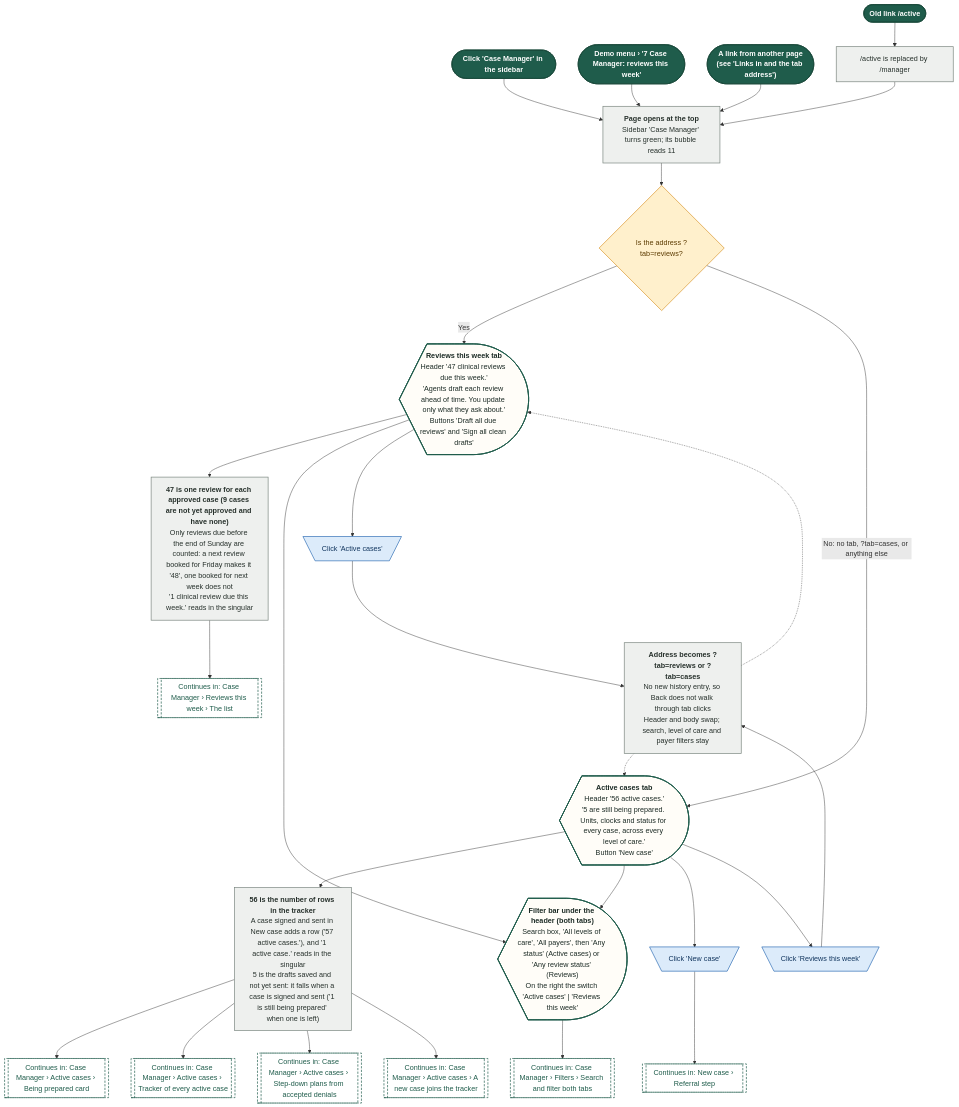
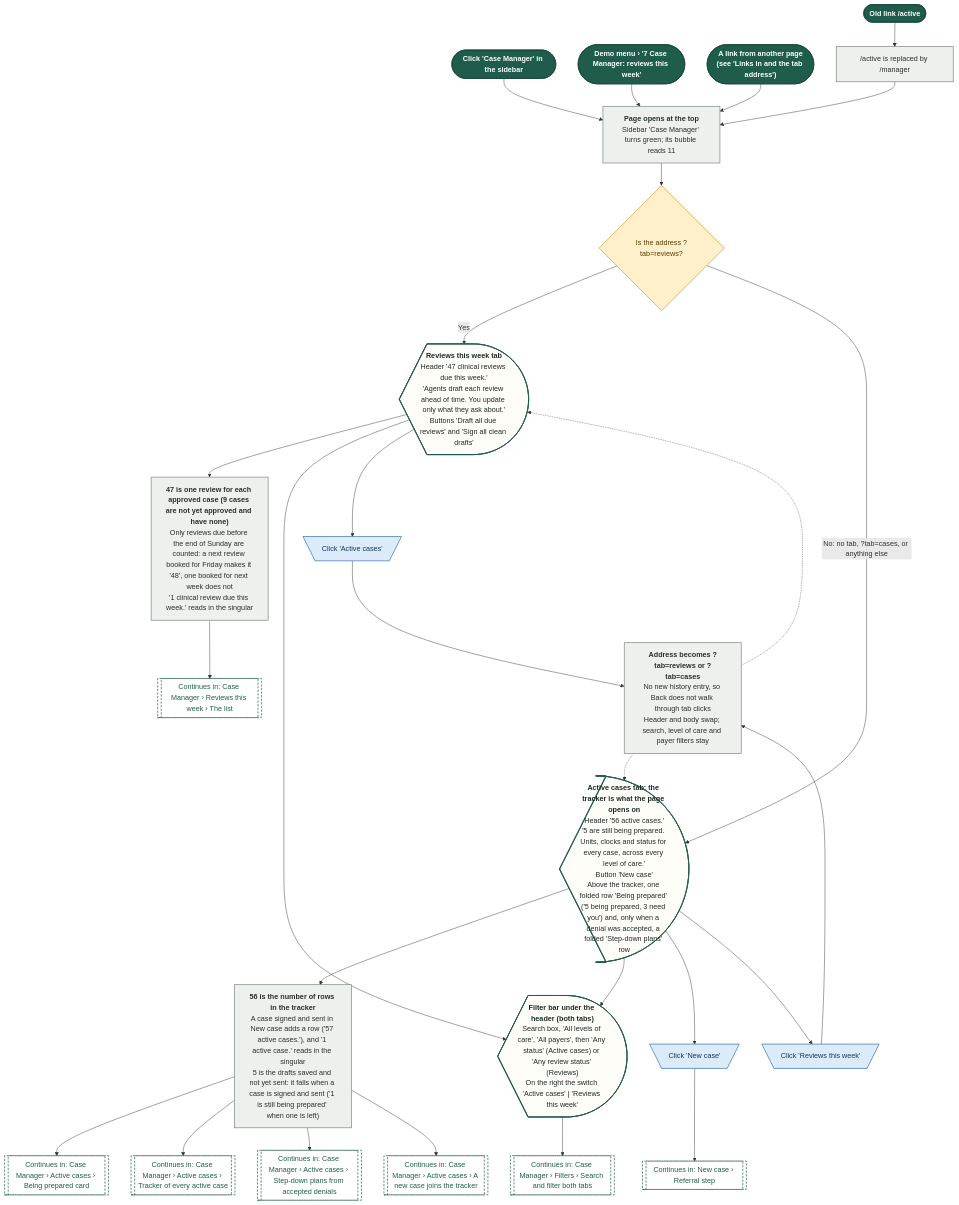
One commit to Shrav143/psyfloapp changed the first of 22 diagrams in demos/prior-auth-demo/workflows/out/md/07-case-manager.md. Above: the diagram before and after it, drawn with Mermaid. The commit also changed other lines of this file and 192 other files, not shown here.

First line of the commit message:
docs: changelog by sidebar tab; README, diagrams and Settings layout aligned with the refinement; shared InfoTip; referral cost-share line

````diff
--- a/demos/prior-auth-demo/workflows/out/md/07-case-manager.md
+++ b/demos/prior-auth-demo/workflows/out/md/07-case-manager.md
@@ -15,69 +15,69 @@
 ```mermaid
 %%{init: {"theme":"base","themeVariables":{"fontFamily":"'DM Sans', 'Segoe UI', system-ui, sans-serif","fontSize":"15px","lineColor":"#5B6B63","primaryTextColor":"#1C2B25","clusterBkg":"#FBF8F3","clusterBorder":"#D9CDBB","edgeLabelBackground":"#FFFFFF"},"flowchart":{"curve":"basis","nodeSpacing":36,"rankSpacing":48,"padding":12,"htmlLabels":true,"useMaxWidth":false,"wrappingWidth":230}} }%%
 flowchart TD
   classDef k_start fill:#1F5C4B,stroke:#174638,color:#FFFFFF,stroke-width:1.5px,font-weight:600
   classDef k_end fill:#DDEFE3,stroke:#2E7D4F,color:#14502F,stroke-width:1.5px,font-weight:600
   classDef k_endx fill:#FBE3E0,stroke:#C0392B,color:#7A1F16,stroke-width:1.5px,font-weight:600
   classDef k_screen fill:#FFFDF8,stroke:#1F5C4B,color:#1C2B25,stroke-width:2px
   classDef k_overlay fill:#F1F7F3,stroke:#1F5C4B,color:#1C2B25,stroke-width:2px,stroke-dasharray:5 3
   classDef k_click fill:#DCEBFA,stroke:#2F6DB5,color:#12365F,stroke-width:1.5px
   classDef k_input fill:#E4E7FF,stroke:#4C5FD5,color:#1D2670,stroke-width:1.5px
   classDef k_process fill:#EEF0EE,stroke:#7A857F,color:#26302B,stroke-width:1.5px
   classDef k_agent fill:#EEE5FA,stroke:#7A4FC2,color:#341A63,stroke-width:1.5px
   classDef k_decision fill:#FFF0CC,stroke:#D9962B,color:#5C3B00,stroke-width:1.5px
   classDef k_store fill:#D5F0EA,stroke:#1C8E7B,color:#0B4A3F,stroke-width:1.5px
   classDef k_doc fill:#F6E9DC,stroke:#B07A4C,color:#4A2E14,stroke-width:1.5px
   classDef k_ext fill:#FFE6D2,stroke:#E07B39,color:#6B2F06,stroke-width:1.5px
   classDef k_wait fill:#E4E8EE,stroke:#6B7C93,color:#26303D,stroke-width:1.5px
   classDef k_toast fill:#FFF9DB,stroke:#C9A400,color:#5A4A00,stroke-width:1.5px
   classDef k_goto fill:#FFFFFF,stroke:#1F5C4B,color:#1F5C4B,stroke-width:1.5px,stroke-dasharray:5 3
   s1@{ shape: stadium, label: "Click 'Case Manager' in the sidebar" }
   s2@{ shape: stadium, label: "Demo menu › '7 Case Manager: reviews this week'" }
   s3@{ shape: stadium, label: "Old link /active" }
   s4@{ shape: stadium, label: "<b>A link from another page</b><br/>(see 'Links in and the tab address')" }
   p0@{ shape: rect, label: "/active is replaced by /manager" }
   p1@{ shape: rect, label: "<b>Page opens at the top</b><br/>Sidebar 'Case Manager' turns green; its bubble reads 11" }
   d1@{ shape: diam, label: "Is the address ?tab=reviews?" }
-  sA@{ shape: curv-trap, label: "<b>Active cases tab</b><br/>Header '56 active cases.'<br/>'5 are still being prepared. Units, clocks and status for every case, across every level of care.'<br/>Button 'New case'" }
+  sA@{ shape: curv-trap, label: "<b>Active cases tab: the tracker is what the page opens on</b><br/>Header '56 active cases.'<br/>'5 are still being prepared. Units, clocks and status for every case, across every level of care.'<br/>Button 'New case'<br/>Above the tracker, one folded row 'Being prepared' ('5 being prepared, 3 need you') and, only when a denial was accepted, a folded 'Step-down plans' row" }
   cA@{ shape: rect, label: "<b>56 is the number of rows in the tracker</b><br/>A case signed and sent in New case adds a row ('57 active cases.'), and '1 active case.' reads in the singular<br/>5 is the drafts saved and not yet sent: it falls when a case is signed and sent ('1 is still being prepared' when one is left)" }
   sR@{ shape: curv-trap, label: "<b>Reviews this week tab</b><br/>Header '47 clinical reviews due this week.'<br/>'Agents draft each review ahead of time. You update only what they ask about.'<br/>Buttons 'Draft all due reviews' and 'Sign all clean drafts'" }
   cR@{ shape: rect, label: "<b>47 is one review for each approved case (9 cases are not yet approved and have none)</b><br/>Only reviews due before the end of Sunday are counted: a next review booked for Friday makes it '48', one booked for next week does not<br/>'1 clinical review due this week.' reads in the singular" }
   sF@{ shape: curv-trap, label: "<b>Filter bar under the header (both tabs)</b><br/>Search box, 'All levels of care', 'All payers', then 'Any status' (Active cases) or 'Any review status' (Reviews)<br/>On the right the switch 'Active cases' | 'Reviews this week'" }
   c1@{ shape: trap-t, label: "Click 'Reviews this week'" }
   c2@{ shape: trap-t, label: "Click 'Active cases'" }
   p2@{ shape: rect, label: "<b>Address becomes ?tab=reviews or ?tab=cases</b><br/>No new history entry, so Back does not walk through tab clicks<br/>Header and body swap; search, level of care and payer filters stay" }
   c3@{ shape: trap-t, label: "Click 'New case'" }
   g1@{ shape: subproc, label: "Continues in: Case Manager › Filters › Search and filter both tabs" }
   g2@{ shape: subproc, label: "Continues in: Case Manager › Active cases › Being prepared card" }
   g3@{ shape: subproc, label: "Continues in: Case Manager › Active cases › Tracker of every active case" }
   g4@{ shape: subproc, label: "Continues in: Case Manager › Reviews this week › The list" }
   g5@{ shape: subproc, label: "Continues in: New case › Referral step" }
   g6@{ shape: subproc, label: "Continues in: Case Manager › Active cases › Step-down plans from accepted denials" }
   g7@{ shape: subproc, label: "Continues in: Case Manager › Active cases › A new case joins the tracker" }
   s1 --> p1
   s2 --> p1
   s3 --> p0 --> p1
   s4 --> p1
   p1 --> d1
   d1 -->|"Yes"| sR --> cR
   d1 -->|"No: no tab, ?tab=cases, or anything else"| sA --> cA
   sA --> sF
   sR --> sF
   sF --> g1
   sA --> c3 --> g5
   sA --> c1 --> p2
   sR --> c2 --> p2
   p2 -.-> sA
   p2 -.-> sR
   cA --> g2
   cA --> g3
   cA --> g6
   cA --> g7
   cR --> g4
   class s1,s2,s3,s4 k_start
   class p0,p1,cA,cR,p2 k_process
   class d1 k_decision
   class sA,sR,sF k_screen
   class c1,c2,c3 k_click
   class g1,g2,g3,g4,g5,g6,g7 k_goto
 ```
````
